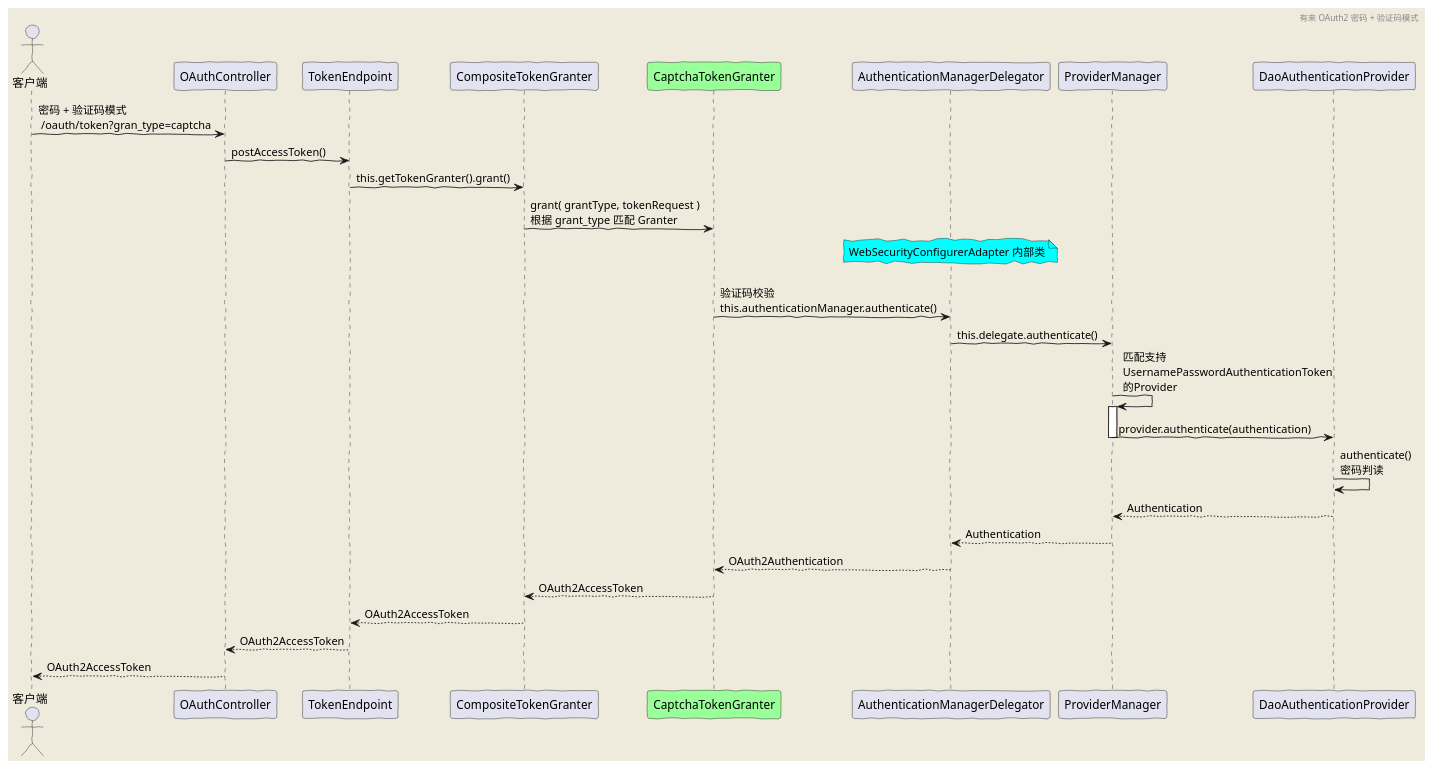
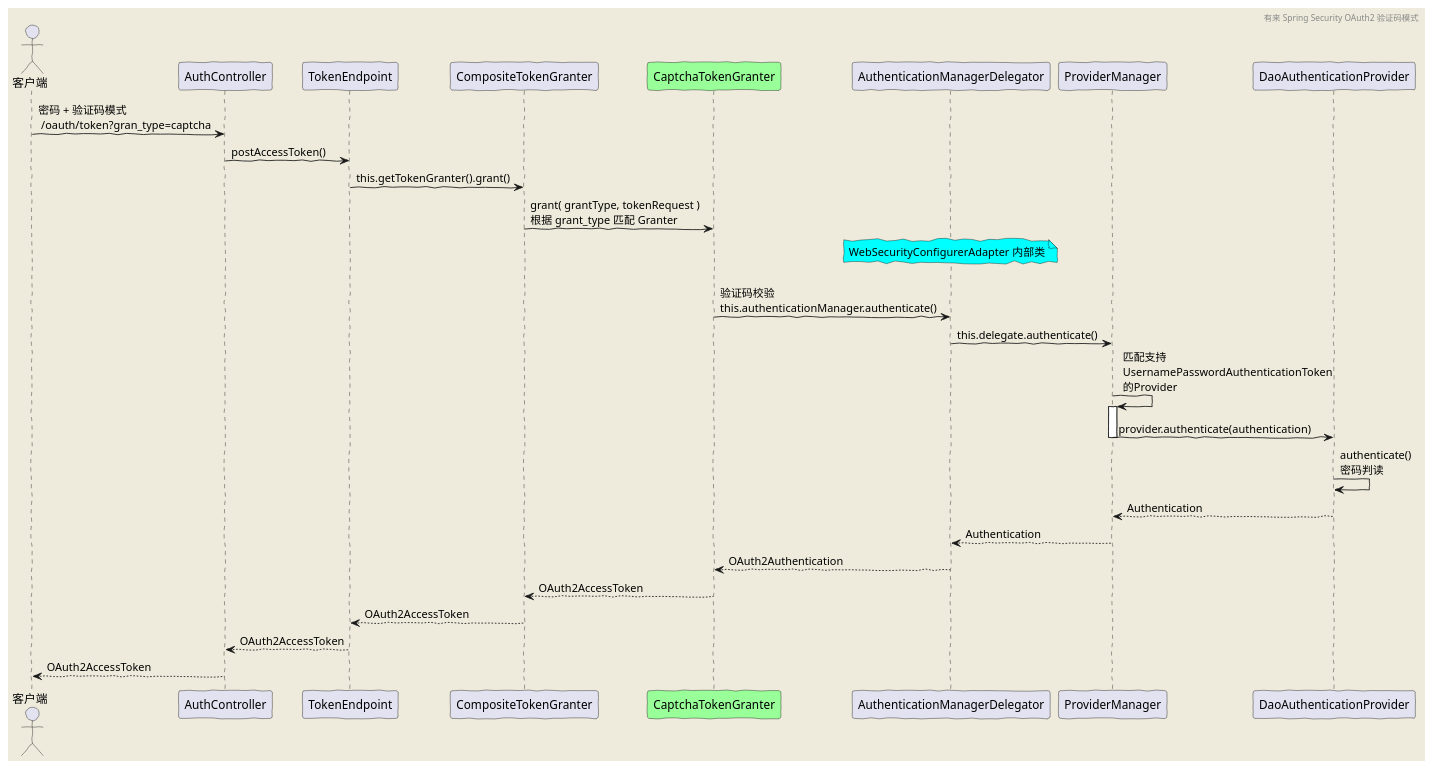
One commit to youlaitech/youlai-mall changed the diagram in doc/diagram/oauth2/captcha.puml. Above: the diagram before and after it, drawn with PlantUML. The commit also changed other lines of this file and 6 other files, not shown here.

Commit message:
refactor: Spring Security OAuth2授权模式扩展

```diff
--- a/doc/diagram/oauth2/captcha.puml
+++ b/doc/diagram/oauth2/captcha.puml
@@ -2,33 +2,32 @@
 @startuml
 'https://plantuml.com/sequence-diagram
 skinparam backgroundColor #EEEBDC
 skinparam handwritten true
 
-header 有来 OAuth2 密码 + 验证码模式
+header 有来 Spring Security OAuth2 验证码模式
 
 actor 客户端
 
-
-客户端 -> OAuthController:密码 + 验证码模式 \n /oauth/token?gran_type=captcha
-OAuthController -> TokenEndpoint: postAccessToken()
+客户端 -> AuthController:密码 + 验证码模式 \n /oauth/token?gran_type=captcha
+AuthController -> TokenEndpoint: postAccessToken()
 TokenEndpoint -> CompositeTokenGranter: this.getTokenGranter().grant()
 participant CaptchaTokenGranter #99FF99
 CompositeTokenGranter->CaptchaTokenGranter: grant( grantType, tokenRequest )\n根据 grant_type 匹配 Granter
 note over of AuthenticationManagerDelegator #aqua
 WebSecurityConfigurerAdapter 内部类
 end note
 CaptchaTokenGranter-> AuthenticationManagerDelegator: \n验证码校验\nthis.authenticationManager.authenticate()
 AuthenticationManagerDelegator -> ProviderManager: this.delegate.authenticate()
 ProviderManager -> ProviderManager: 匹配支持\nUsernamePasswordAuthenticationToken\n的Provider
 activate ProviderManager
 ProviderManager -> DaoAuthenticationProvider: provider.authenticate(authentication)
 deactivate ProviderManager
 DaoAuthenticationProvider -> DaoAuthenticationProvider:authenticate()\n密码判读
 ProviderManager <-- DaoAuthenticationProvider: Authentication
 AuthenticationManagerDelegator <-- ProviderManager: Authentication
 CaptchaTokenGranter <-- AuthenticationManagerDelegator: OAuth2Authentication
 CompositeTokenGranter <-- CaptchaTokenGranter: OAuth2AccessToken
 TokenEndpoint <-- CompositeTokenGranter:OAuth2AccessToken
-OAuthController <-- TokenEndpoint:OAuth2AccessToken
-客户端 <-- OAuthController: OAuth2AccessToken
+AuthController <-- TokenEndpoint:OAuth2AccessToken
+客户端 <-- AuthController: OAuth2AccessToken
 @enduml
```
